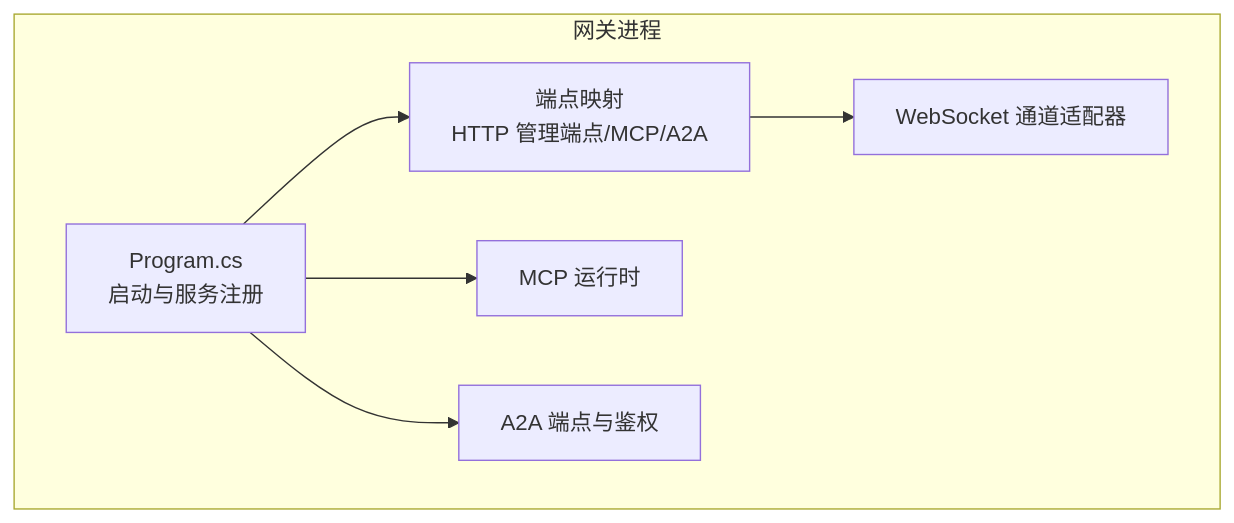
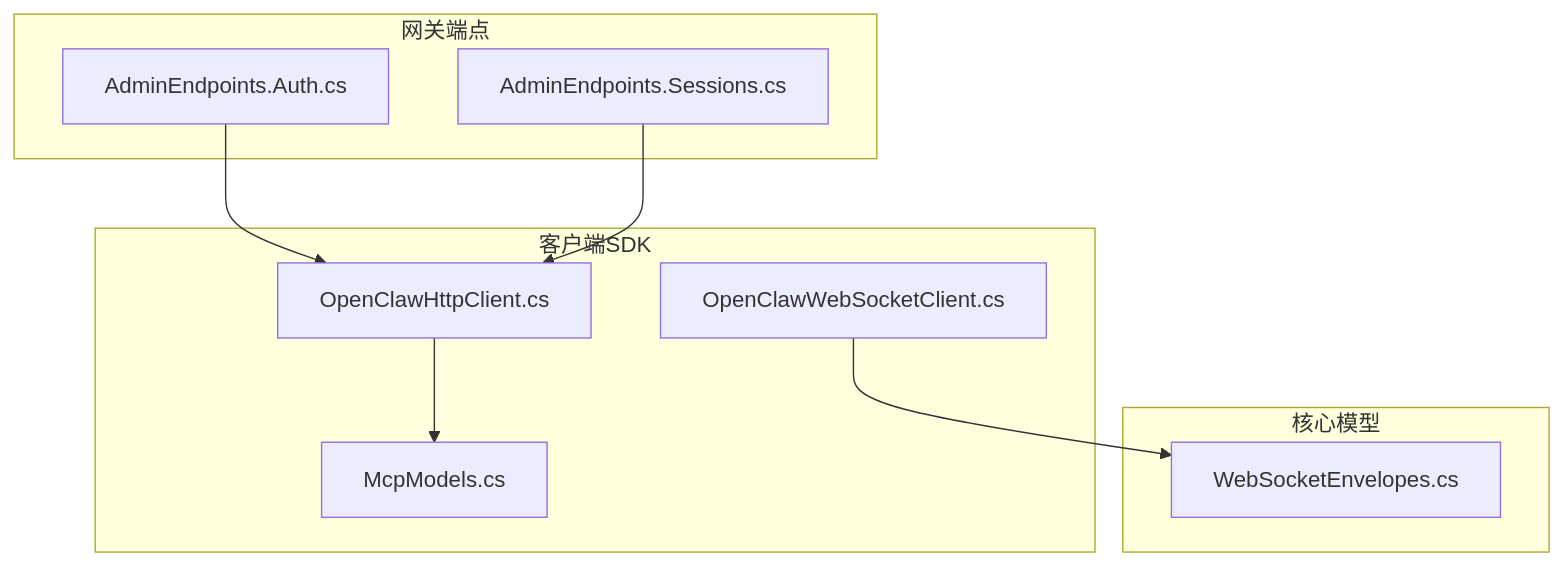
Before and after one commit to wayyet/kingcrab: the first of 6 diagrams in .qoder/repowiki/zh/content/API 参考/API 参考.md, drawn with Mermaid. The commit also changed other lines of this file and 431 other files, not shown here.

````diff
--- a/.qoder/repowiki/zh/content/API 参考/API 参考.md
+++ b/.qoder/repowiki/zh/content/API 参考/API 参考.md
@@ -41,14 +40,19 @@
 ```mermaid
 graph TB
-subgraph "网关进程"
-P["Program.cs<br/>启动与服务注册"]
-E["端点映射<br/>HTTP 管理端点/MCP/A2A"]
-WS["WebSocket 通道适配器"]
-MCP["MCP 运行时"]
-A2A["A2A 端点与鉴权"]
+subgraph "网关端点"
+AEA["AdminEndpoints.Auth.cs"]
+AES["AdminEndpoints.Sessions.cs"]
 end
-P --> E
-P --> MCP
-P --> A2A
-E --> WS
+subgraph "客户端SDK"
+OHC["OpenClawHttpClient.cs"]
+OWS["OpenClawWebSocketClient.cs"]
+MCM["McpModels.cs"]
+end
+subgraph "核心模型"
+WSE["WebSocketEnvelopes.cs"]
+end
+AEA --> OHC
+AES --> OHC
+OWS --> WSE
+OHC --> MCM
 ```
````
